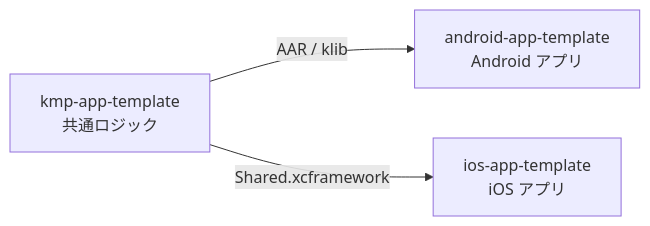
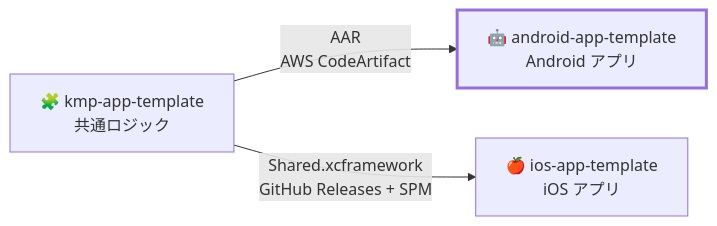
One commit to yossibank/android-app-template changed the first of 2 diagrams in README.md. Above: the diagram before and after it, drawn with Mermaid. The commit also changed other lines of this file and 1 other file, not shown here.

Commit message:
Organize the README and CLAUDE.md with tables, diagrams and alerts

````diff
--- a/README.md
+++ b/README.md
@@ -24,8 +24,9 @@
 ```mermaid
 flowchart LR
-    KMP["kmp-app-template<br/>共通ロジック"]
-    AND["android-app-template<br/>Android アプリ"]
-    IOS["ios-app-template<br/>iOS アプリ"]
-    KMP -->|"AAR / klib"| AND
-    KMP -->|"Shared.xcframework"| IOS
+    KMP["🧩 kmp-app-template<br/>共通ロジック"]
+    AND["🤖 android-app-template<br/>Android アプリ"]
+    IOS["🍎 ios-app-template<br/>iOS アプリ"]
+    KMP -->|"AAR<br/>AWS CodeArtifact"| AND
+    KMP -->|"Shared.xcframework<br/>GitHub Releases + SPM"| IOS
+    style AND stroke-width:3px
 ```
````
